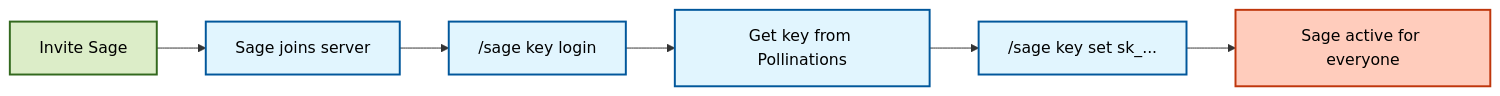
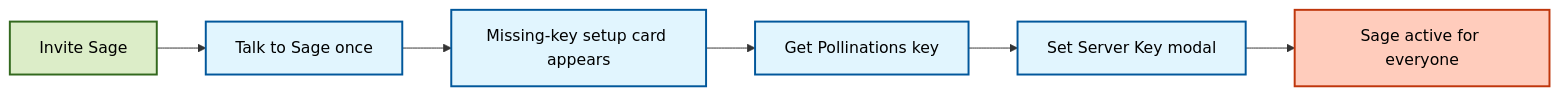
The diagram in docs/guides/BYOP.md (BokX1/Sage), drawn with Mermaid before and after one commit. The commit also changed other lines of this file and 80 other files, not shown here.

````diff
--- a/docs/guides/BYOP.md
+++ b/docs/guides/BYOP.md
@@ -40,14 +38,13 @@
 ```mermaid
 flowchart LR
-    %% Admin-provided key enables server-wide access (BYOP mode).
     classDef start fill:#dcedc8,stroke:#33691e,stroke-width:2px,color:black
     classDef step fill:#e1f5fe,stroke:#01579b,stroke-width:2px,color:black
     classDef finish fill:#ffccbc,stroke:#bf360c,stroke-width:2px,color:black
 
     A[Invite Sage]:::start
-      --> B["Sage joins server"]:::step
-      --> C["/sage key login"]:::step
-      --> D["Get key from Pollinations"]:::step
-      --> E["/sage key set sk_..."]:::step
-      --> F["Sage active for everyone"]:::finish
+      --> B[Talk to Sage once]:::step
+      --> C[Missing-key setup card appears]:::step
+      --> D[Get Pollinations key]:::step
+      --> E[Set Server Key modal]:::step
+      --> F[Sage active for everyone]:::finish
 ```
````
